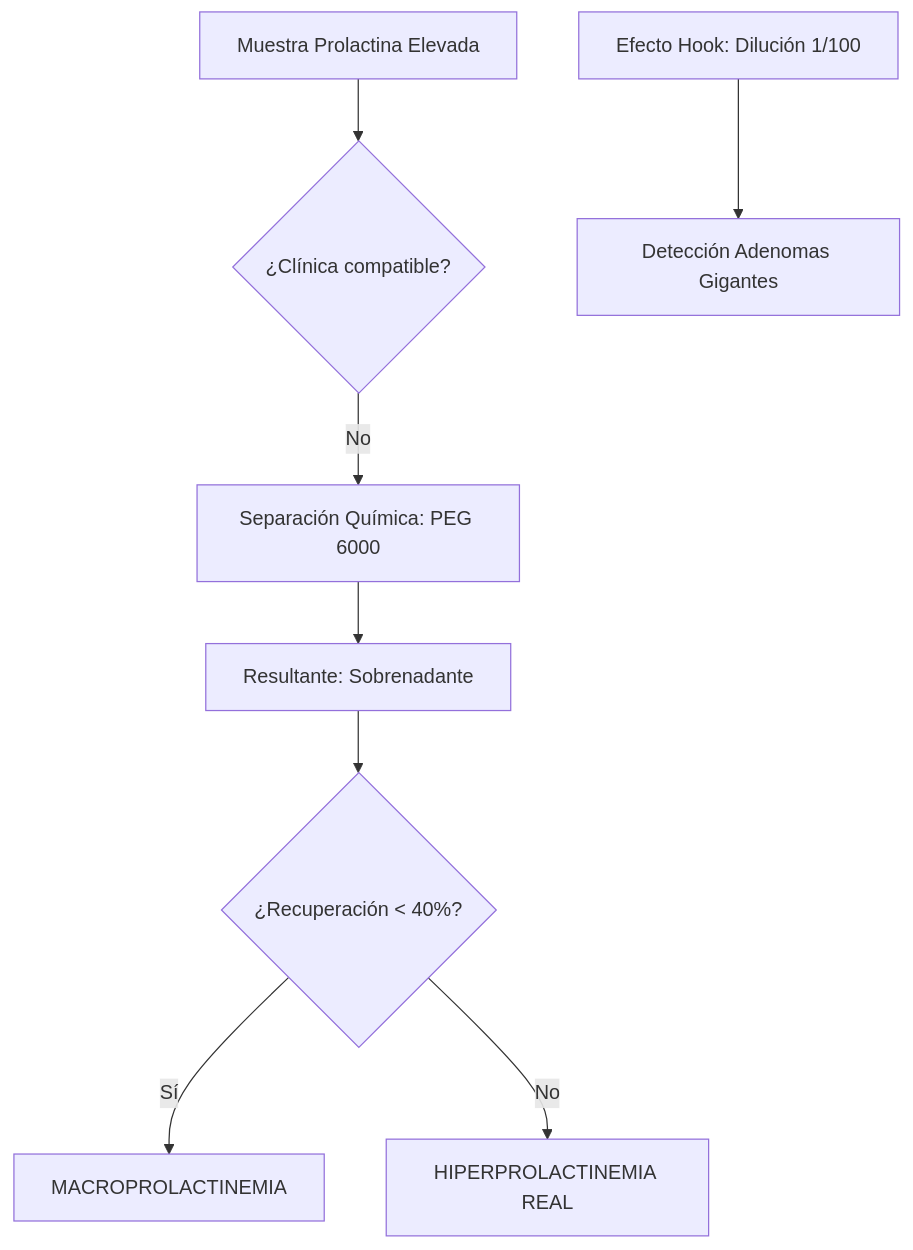
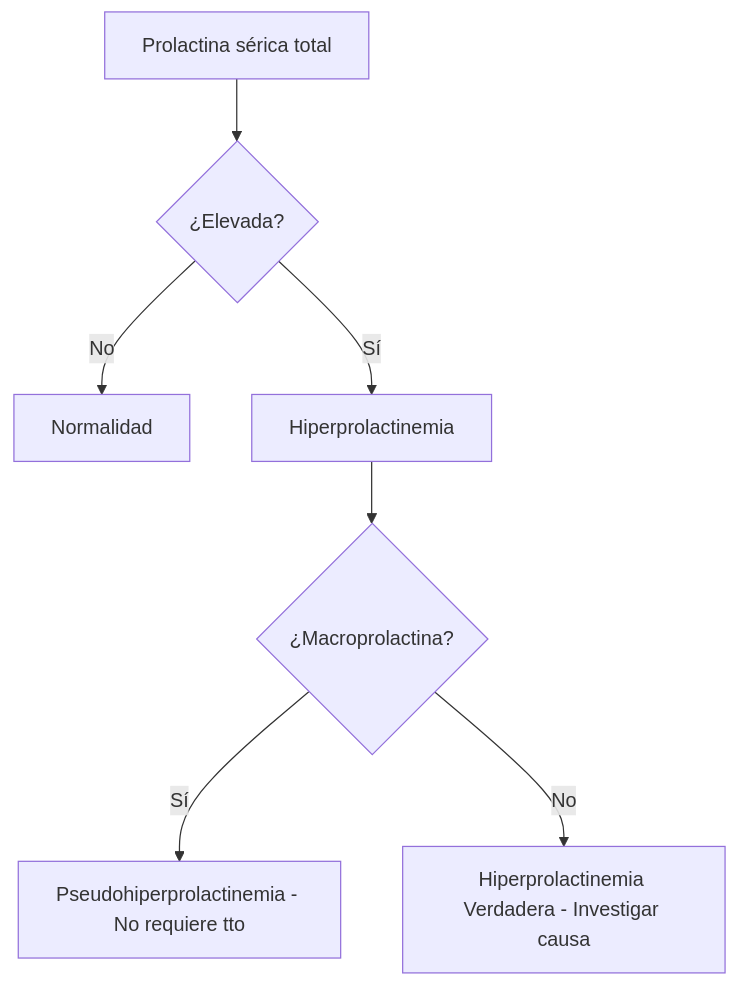
Before and after one commit to rausejop/TSLCB: the diagram in Act_TSLCB_2026/Semana_02_Hormonas/04_Macroprolactina.md, drawn with Mermaid. The commit also changed other lines of this file and 3 other files, not shown here.

````diff
--- a/Act_TSLCB_2026/Semana_02_Hormonas/04_Macroprolactina.md
+++ b/Act_TSLCB_2026/Semana_02_Hormonas/04_Macroprolactina.md
@@ -24,10 +19,9 @@
 ```mermaid
 graph TD
-    A[Muestra Prolactina Elevada] --> B{¿Clínica compatible?}
-    B -- No --> C[Separación Química: PEG 6000]
-    C --> D[Resultante: Sobrenadante]
-    D --> E{¿Recuperación < 40%?}
-    E -- Sí --> F[MACROPROLACTINEMIA]
-    E -- No --> G[HIPERPROLACTINEMIA REAL]
-    H[Efecto Hook: Dilución 1/100] --> I[Detección Adenomas Gigantes]
+    A[Prolactina sérica total] --> B{¿Elevada?}
+    B -- No --> C[Normalidad]
+    B -- Sí --> D[Hiperprolactinemia]
+    D --> E{¿Macroprolactina?}
+    E -- Sí --> F[Pseudohiperprolactinemia - No requiere tto]
+    E -- No --> G[Hiperprolactinemia Verdadera - Investigar causa]
 ```
````
